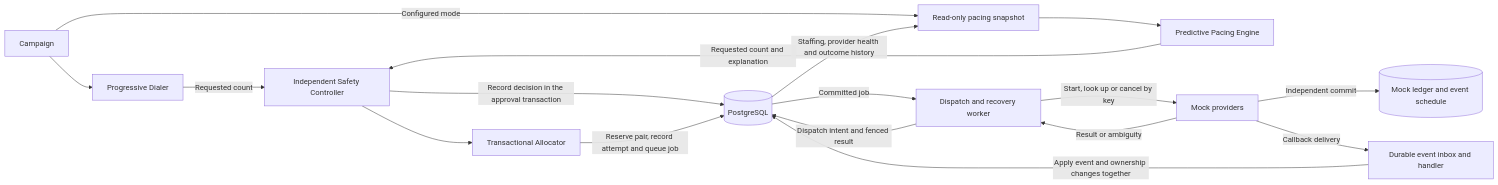
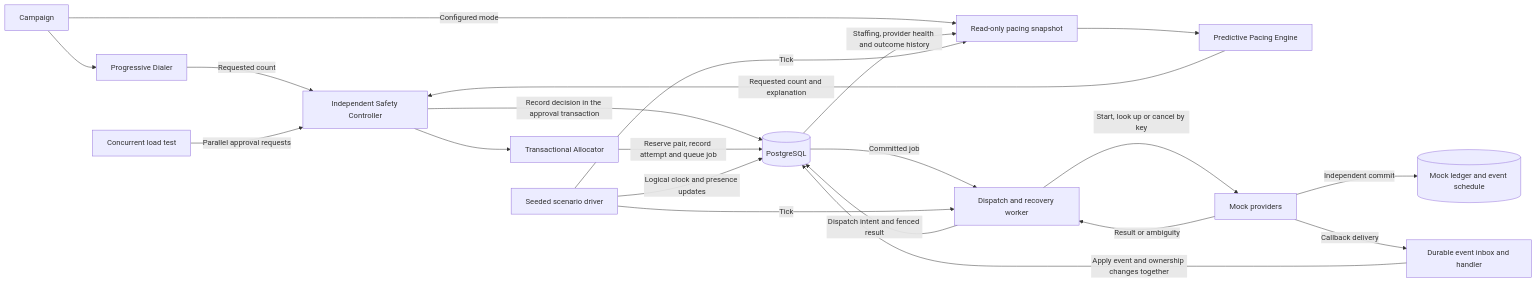
One commit to koushikwannabecoder/Smart-dialer changed the diagram in docs/architecture.md. Above: the diagram before and after it, drawn with Mermaid. The commit also changed other lines of this file and 16 other files, not shown here.

Commit message:
Implement Phase 5: Simulation and load testing

````diff
--- a/docs/architecture.md
+++ b/docs/architecture.md
@@ -13,19 +13,23 @@
 ```mermaid
 flowchart LR
     Campaign --> Progressive[Progressive Dialer]
     Campaign -->|Configured mode| Snapshot[Read-only pacing snapshot]
     DB -->|Staffing, provider health and outcome history| Snapshot
     Snapshot --> Predictive[Predictive Pacing Engine]
     Progressive -->|Requested count| Safety[Independent Safety Controller]
     Predictive -->|Requested count and explanation| Safety
     Safety --> Allocator[Transactional Allocator]
     Safety -->|Record decision in the approval transaction| DB[(PostgreSQL)]
     Allocator -->|Reserve pair, record attempt and queue job| DB
     DB -->|Committed job| Worker[Dispatch and recovery worker]
     Worker -->|Start, look up or cancel by key| Provider[Mock providers]
     Provider -->|Independent commit| Ledger[(Mock ledger and event schedule)]
     Provider -->|Callback delivery| Inbox[Durable event inbox and handler]
     Inbox -->|Apply event and ownership changes together| DB
     Provider -->|Result or ambiguity| Worker
     Worker -->|Dispatch intent and fenced result| DB
+    Simulation[Seeded scenario driver] -->|Logical clock and presence updates| DB
+    Simulation -->|Tick| Snapshot
+    Simulation -->|Tick| Worker
+    Load[Concurrent load test] -->|Parallel approval requests| Safety
 ```
````
